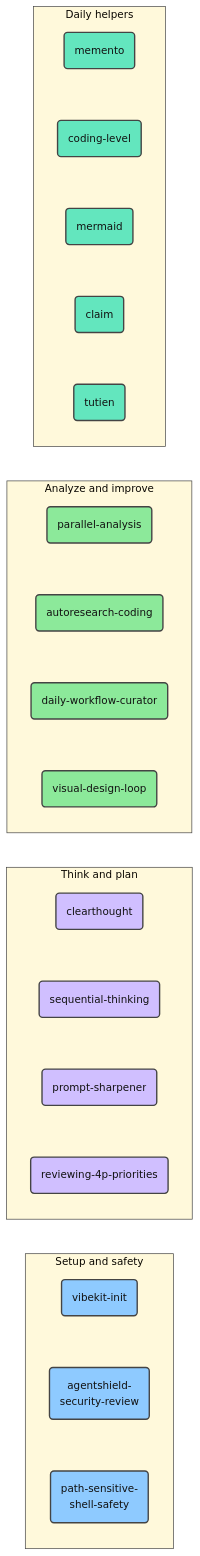
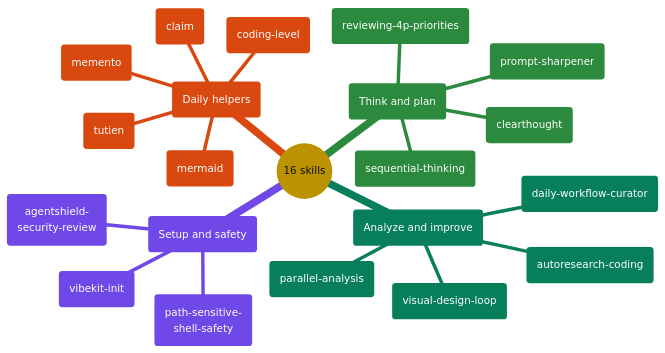
The fifth of 6 diagrams in README.md (giang6283623/minimal-vibe-coding-kit), drawn with Mermaid before and after one commit. The commit also changed 2 other files, not shown here.

Commit message:
fix mermaid Skills

````diff
--- a/README.md
+++ b/README.md
@@ -344,40 +344,57 @@
 ```mermaid
 ---
 config:
   theme: base
+  themeCSS: >-
+    .mindmap-node:not(.section-root):not(.section--1) text,
+    .mindmap-node:not(.section-root):not(.section--1) tspan
+    { fill: #FFFFFF !important; }
+    .mindmap-node:not(.section-root):not(.section--1) div,
+    .mindmap-node:not(.section-root):not(.section--1) span,
+    .mindmap-node:not(.section-root):not(.section--1) p
+    { color: #FFFFFF !important; }
   themeVariables:
+    darkMode: false
     fontFamily: cascadia mono, consolas, noto sans mono, menlo, monospace
     fontSize: 15px
-    lineColor: "#444444"
+    lineColor: "#888888"
     textColor: "#111111"
-    clusterBkg: "#FFF9DB"
-    clusterBorder: "#444444"
+    primaryColor: "#FFD43B"
+    primaryTextColor: "#111111"
+    primaryBorderColor: "#444444"
+    cScale0: "#1971C2"
+    cScale1: "#7048E8"
+    cScale2: "#2B8A3E"
+    cScale3: "#087F5B"
+    cScale4: "#D9480F"
+    cScale5: "#C2255C"
+    cScaleLabel0: "#FFFFFF"
+    cScaleLabel1: "#FFFFFF"
+    cScaleLabel2: "#FFFFFF"
+    cScaleLabel3: "#FFFFFF"
+    cScaleLabel4: "#FFFFFF"
+    cScaleLabel5: "#FFFFFF"
 ---
-flowchart LR
-    subgraph SetupCat["Setup and safety"]
-        direction TB
-        S1("vibekit-init") ~~~ S2("agentshield-<br/>security-review") ~~~ S3("path-sensitive-<br/>shell-safety")
-    end
-    subgraph ThinkCat["Think and plan"]
-        direction TB
-        T1("clearthought") ~~~ T2("sequential-thinking") ~~~ T3("prompt-sharpener") ~~~ T4("reviewing-4p-priorities")
-    end
-    subgraph AnalyzeCat["Analyze and improve"]
-        direction TB
-        A1("parallel-analysis") ~~~ A2("autoresearch-coding") ~~~ A3("daily-workflow-curator") ~~~ A4("visual-design-loop")
-    end
-    subgraph HelperCat["Daily helpers"]
-        direction TB
-        H1("memento") ~~~ H2("coding-level") ~~~ H3("mermaid") ~~~ H4("claim") ~~~ H5("tutien")
-    end
-
-    classDef step fill:#8ECAFF,stroke:#444444,stroke-width:2px,color:#111111
-    classDef accent fill:#D0BFFF,stroke:#444444,stroke-width:2px,color:#111111
-    classDef success fill:#8CE99A,stroke:#444444,stroke-width:2px,color:#111111
-    classDef data fill:#63E6BE,stroke:#444444,stroke-width:2px,color:#111111
-
-    class S1,S2,S3 step
-    class T1,T2,T3,T4 accent
-    class A1,A2,A3,A4 success
-    class H1,H2,H3,H4,H5 data
+mindmap
+  root(("16 skills"))
+    setup("Setup and safety")
+      s1("vibekit-init")
+      s2("agentshield-<br/>security-review")
+      s3("path-sensitive-<br/>shell-safety")
+    think("Think and plan")
+      t1("clearthought")
+      t2("sequential-thinking")
+      t3("prompt-sharpener")
+      t4("reviewing-4p-priorities")
+    analyze("Analyze and improve")
+      a1("parallel-analysis")
+      a2("autoresearch-coding")
+      a3("daily-workflow-curator")
+      a4("visual-design-loop")
+    helpers("Daily helpers")
+      h1("memento")
+      h2("coding-level")
+      h3("mermaid")
+      h4("claim")
+      h5("tutien")
 ```
````
